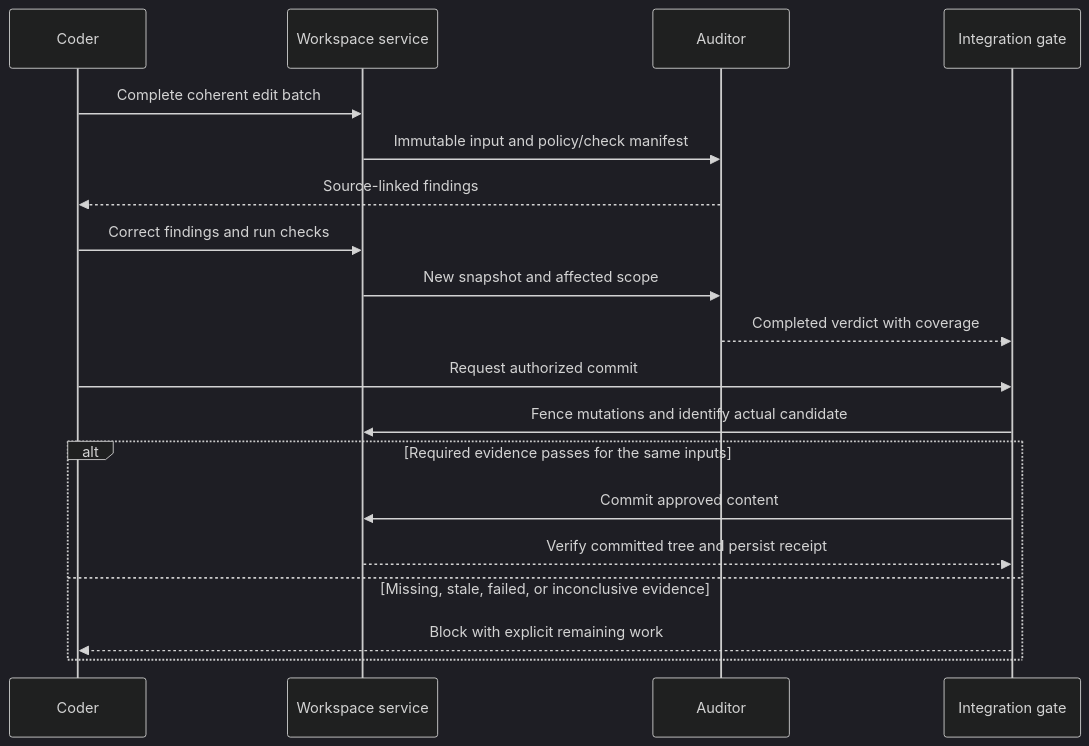
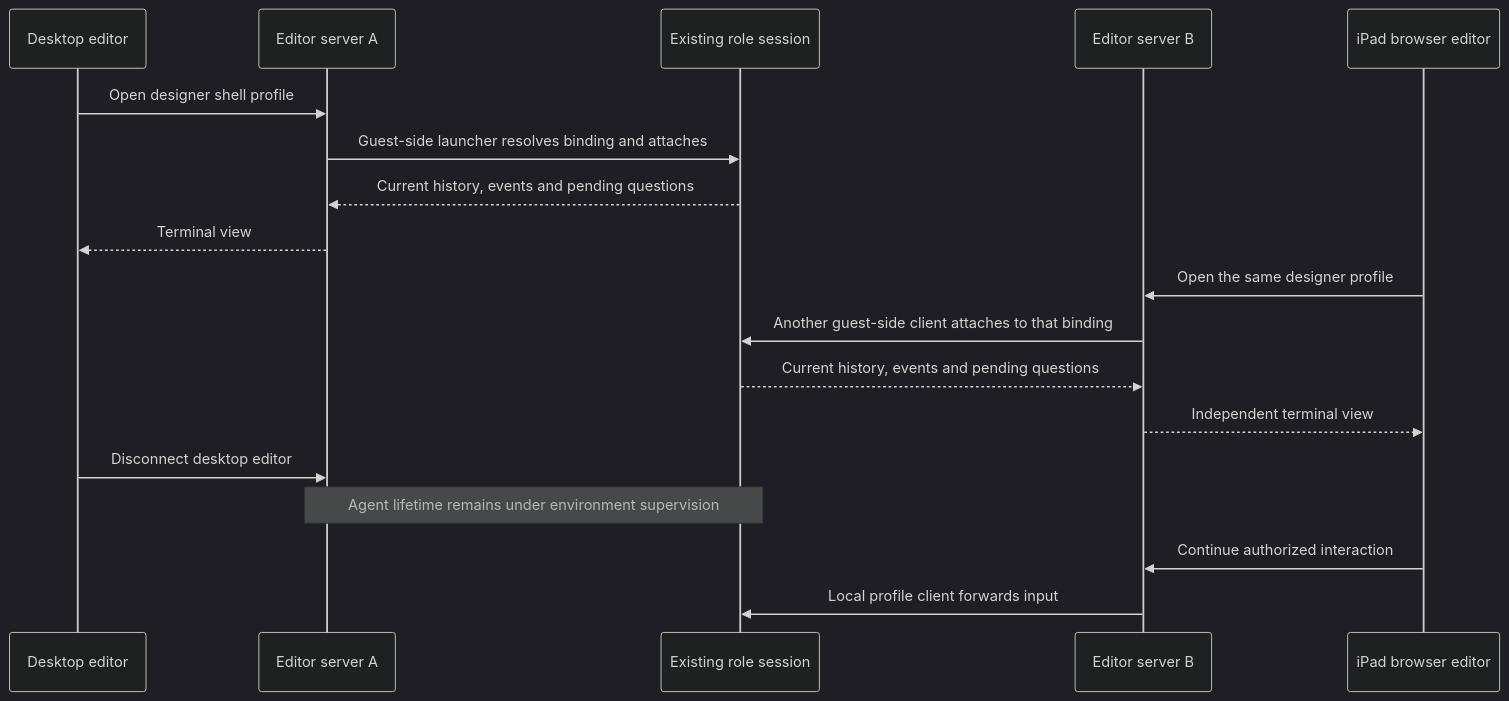
The second of 2 diagrams in docs/architecture/agentic-developer-workstation.md (NobleFactor/noblefactor-engprod), drawn with Mermaid (dark theme) before and after one commit. The commit also changed other lines of this file and 2 other files, not shown here.

First line of the commit message:
docs: define hosted-agent workstation architecture and roadmap (#521)

````diff
--- a/docs/architecture/agentic-developer-workstation.md
+++ b/docs/architecture/agentic-developer-workstation.md
@@ -321,21 +389,20 @@
 ```mermaid
 sequenceDiagram
-    participant C as Coder
-    participant W as Workspace service
-    participant A as Auditor
-    participant G as Integration gate
-    C->>W: Complete coherent edit batch
-    W->>A: Immutable input and policy/check manifest
-    A-->>C: Source-linked findings
-    C->>W: Correct findings and run checks
-    W->>A: New snapshot and affected scope
-    A-->>G: Completed verdict with coverage
-    C->>G: Request authorized commit
-    G->>W: Fence mutations and identify actual candidate
-    alt Required evidence passes for the same inputs
-        G->>W: Commit approved content
-        W-->>G: Verify committed tree and persist receipt
-    else Missing, stale, failed, or inconclusive evidence
-        G-->>C: Block with explicit remaining work
-    end
+    participant Mac as Desktop editor
+    participant A as Editor server A
+    participant Host as Existing role session
+    participant B as Editor server B
+    participant Pad as iPad browser editor
+    Mac->>A: Open designer shell profile
+    A->>Host: Guest-side launcher resolves binding and attaches
+    Host-->>A: Current history, events and pending questions
+    A-->>Mac: Terminal view
+    Pad->>B: Open the same designer profile
+    B->>Host: Another guest-side client attaches to that binding
+    Host-->>B: Current history, events and pending questions
+    B-->>Pad: Independent terminal view
+    Mac->>A: Disconnect desktop editor
+    Note over A,Host: Agent lifetime remains under environment supervision
+    Pad->>B: Continue authorized interaction
+    B->>Host: Local profile client forwards input
 ```
````
